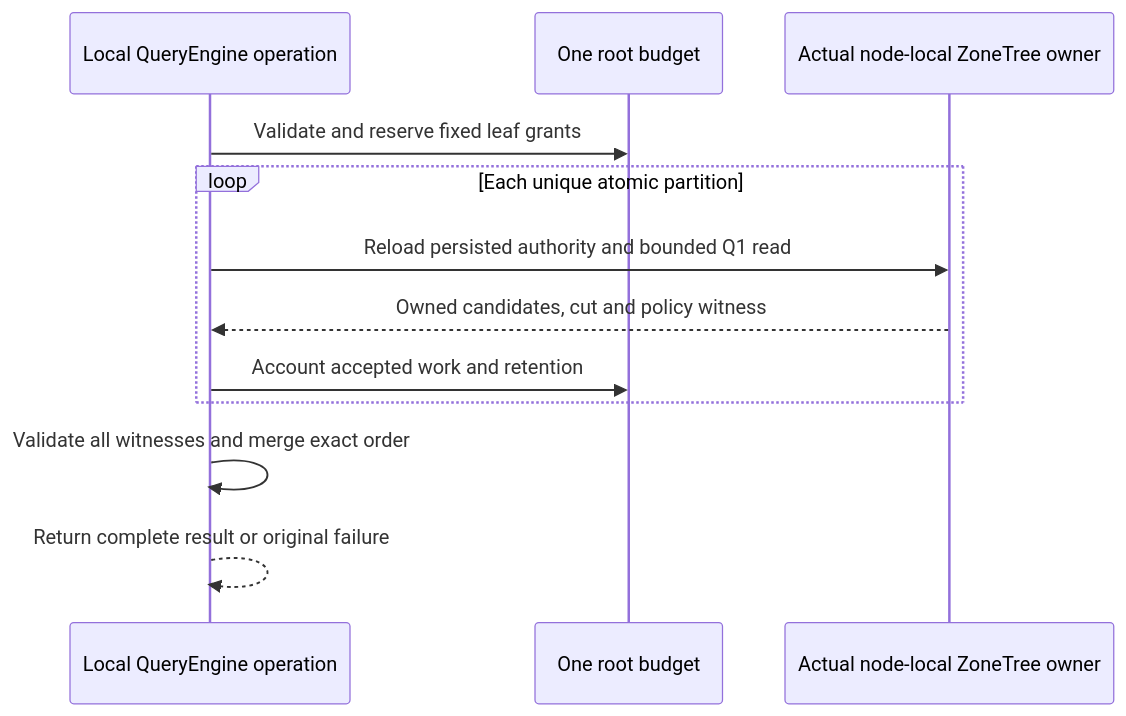
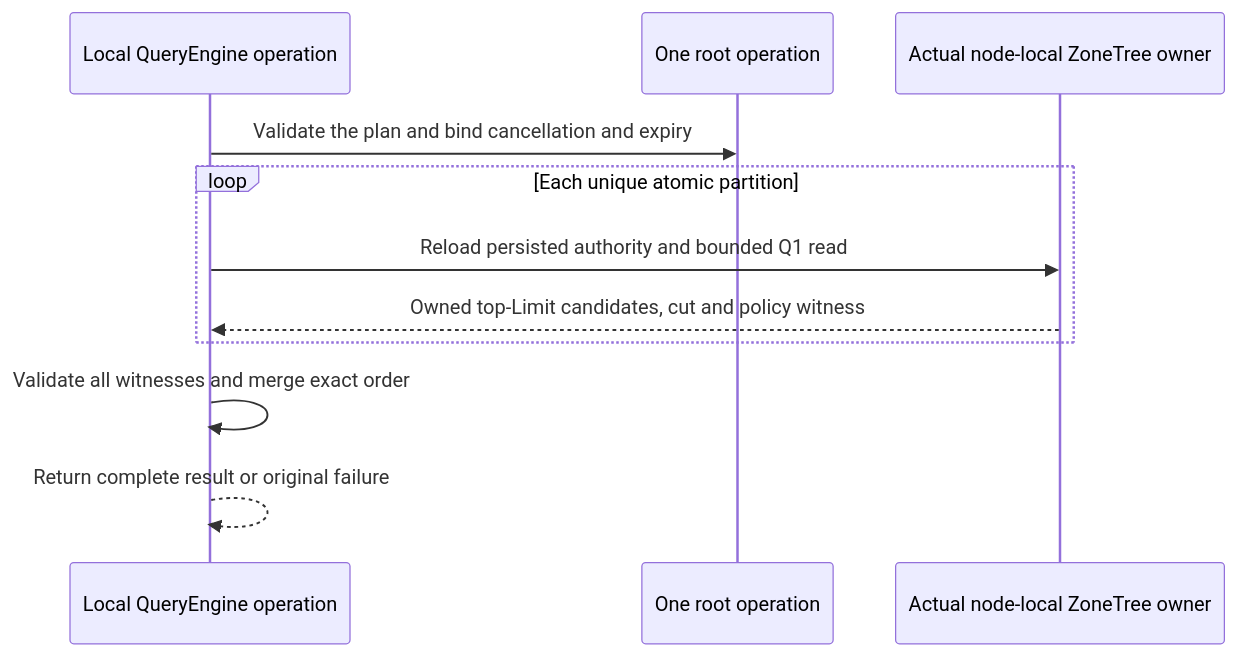
The diagram in docs/ADR/ADR-100-local-partition-query-merge.md (managedcode/KeyLoad), drawn with Mermaid before and after one commit. The commit also changed other lines of this file and 673 other files, not shown here.

````diff
--- a/docs/ADR/ADR-100-local-partition-query-merge.md
+++ b/docs/ADR/ADR-100-local-partition-query-merge.md
@@ -107,14 +103,13 @@
 ```mermaid
 sequenceDiagram
     participant Q as Local QueryEngine operation
-    participant B as One root budget
+    participant B as One root operation
     participant Z as Actual node-local ZoneTree owner
-    Q->>B: Validate and reserve fixed leaf grants
+    Q->>B: Validate the plan and bind cancellation and expiry
     loop Each unique atomic partition
         Q->>Z: Reload persisted authority and bounded Q1 read
-        Z-->>Q: Owned candidates, cut and policy witness
-        Q->>B: Account accepted work and retention
+        Z-->>Q: Owned top-Limit candidates, cut and policy witness
     end
     Q->>Q: Validate all witnesses and merge exact order
     Q-->>Q: Return complete result or original failure
 ```
````
